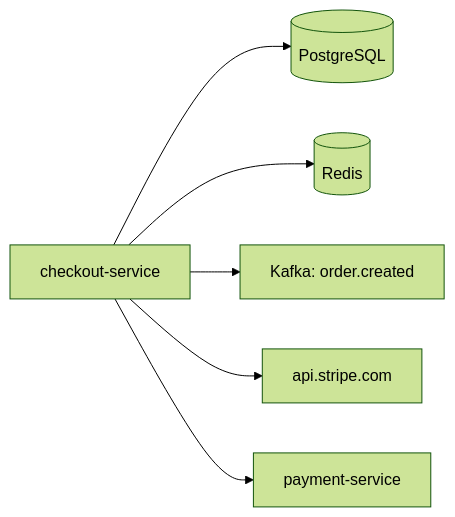
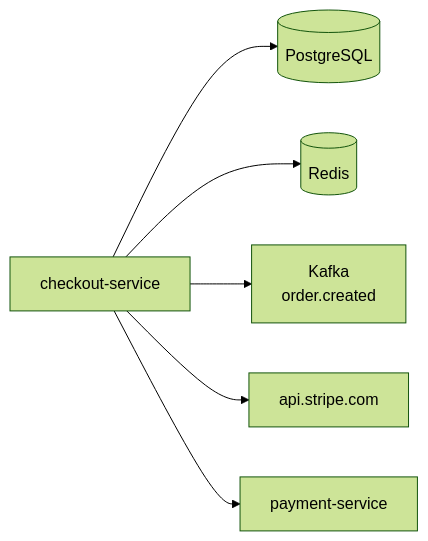
Diagram 13 of 13 in docs/datadog/inferred-services.md (XiaoWeiKIN/Observability-Lab), drawn with Mermaid (forest theme) before and after one commit. The commit also changed other lines of this file, not shown here.

````diff
--- a/docs/datadog/inferred-services.md
+++ b/docs/datadog/inferred-services.md
@@ -631,9 +708,9 @@
-```mermaid
+~~~mermaid
 flowchart LR
     C[checkout-service]
     C --> PG[(PostgreSQL)]
     C --> R[(Redis)]
-    C --> K[Kafka: order.created]
+    C --> K[Kafka<br/>order.created]
     C --> EXT[api.stripe.com]
     C --> P[payment-service]
-```
+~~~
````
